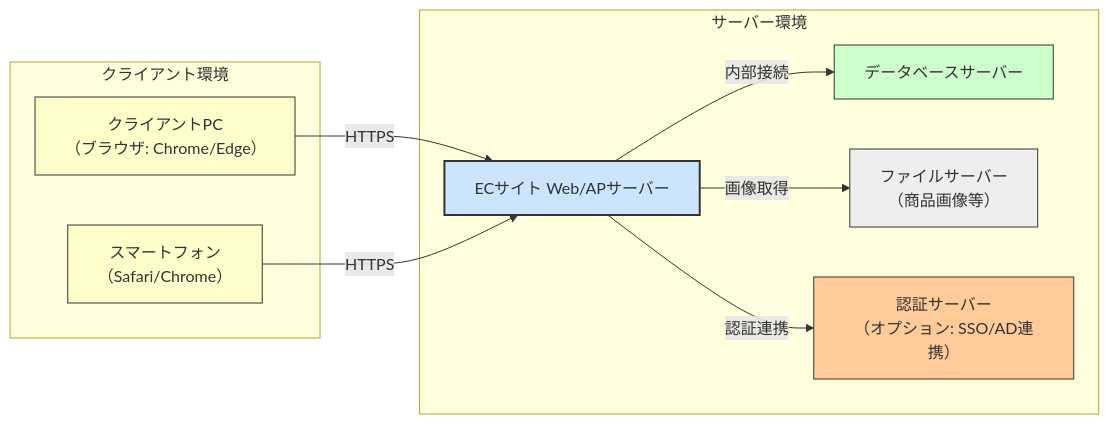
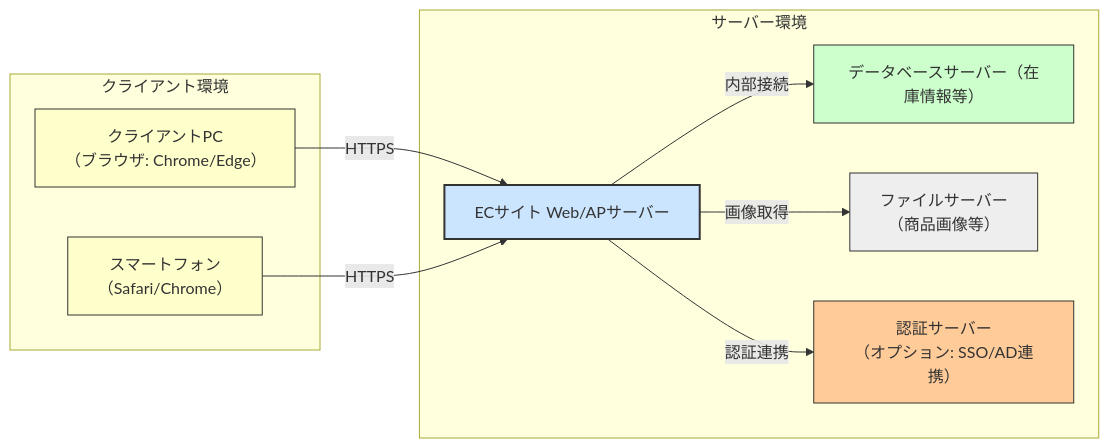
Before and after one commit to YUKlT0/Equipe: the diagram in 基本設計/A.md, drawn with Mermaid. The commit also changed other lines of this file, not shown here.

Commit message:
Aレビュー1'

```diff
--- a/基本設計/A.md
+++ b/基本設計/A.md
@@ -51,27 +51,27 @@
 <div class="mermaid">
 graph LR
   subgraph クライアント環境
     PC[クライアントPC<br>（ブラウザ: Chrome/Edge）]
     SP[スマートフォン<br>（Safari/Chrome）]
   end
 
   subgraph サーバー環境
     WEB[ECサイト Web/APサーバー]
-    DB[データベースサーバー]
+    DB[データベースサーバー（在庫情報等）]
     FILE[ファイルサーバー<br>（商品画像等）]
     AUTH[認証サーバー<br>（オプション: SSO/AD連携）]
   end
 
   PC -->|HTTPS| WEB
   SP -->|HTTPS| WEB
   WEB -->|内部接続| DB
   WEB -->|画像取得| FILE
   WEB -->|認証連携| AUTH
 
   style PC fill:#ffffcc,stroke:#333,stroke-width:1px
   style SP fill:#ffffcc,stroke:#333,stroke-width:1px
   style WEB fill:#cce5ff,stroke:#333,stroke-width:2px
   style DB fill:#ccffcc,stroke:#333,stroke-width:1px
   style FILE fill:#eeeeee,stroke:#333,stroke-width:1px
   style AUTH fill:#ffcc99,stroke:#333,stroke-width:1px 
 </div>
```
